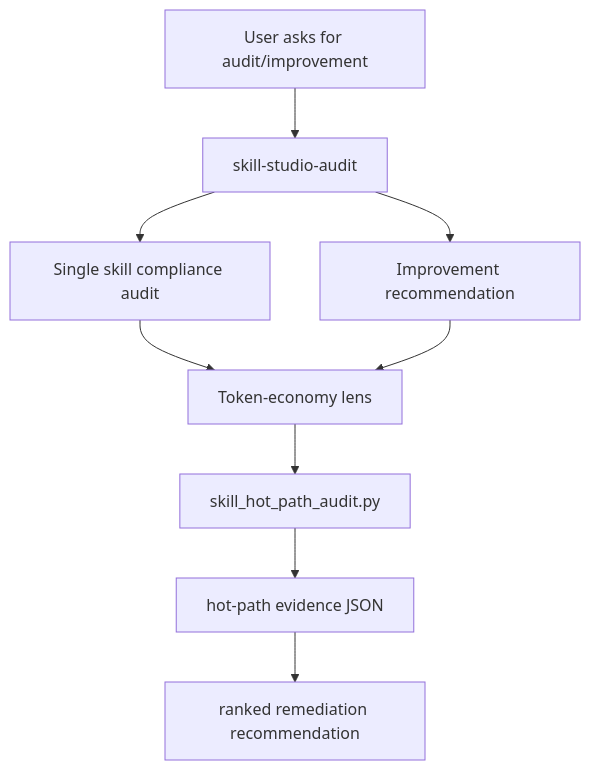
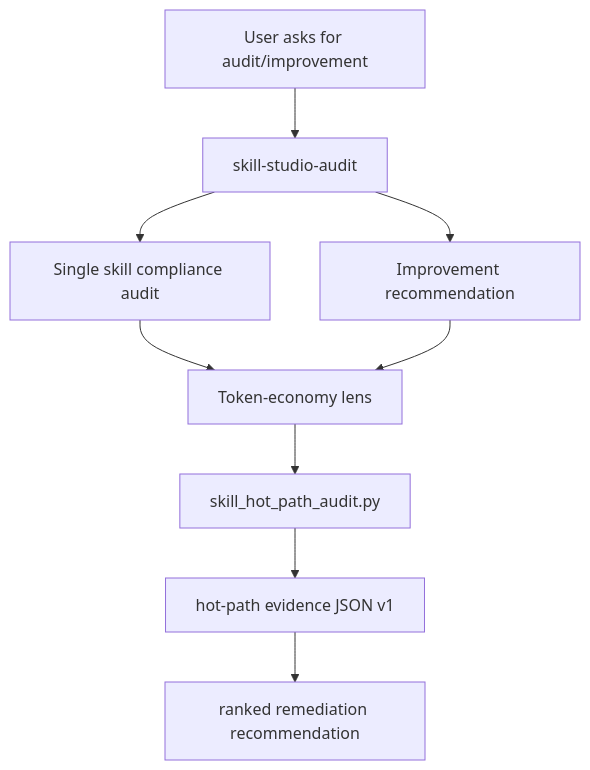
One commit to felipeblassioli/agent-skills changed the diagram in docs/superpowers/specs/2026-05-21-skill-studio-token-economy-audit-design.md. Above: the diagram before and after it, drawn with Mermaid. The commit also changed other lines of this file and 2 other files, not shown here.

First line of the commit message:
docs: add GSD token economy research and finalize hot-path audit spec

````diff
--- a/docs/superpowers/specs/2026-05-21-skill-studio-token-economy-audit-design.md
+++ b/docs/superpowers/specs/2026-05-21-skill-studio-token-economy-audit-design.md
@@ -9,11 +39,11 @@
 ```mermaid
 flowchart TD
   UserRequest["User asks for audit/improvement"] --> SkillStudioAudit["skill-studio-audit"]
   SkillStudioAudit --> BranchA["Single skill compliance audit"]
   SkillStudioAudit --> BranchB["Improvement recommendation"]
   BranchA --> TokenLens["Token-economy lens"]
   BranchB --> TokenLens
   TokenLens --> PythonAuditor["skill_hot_path_audit.py"]
-  PythonAuditor --> EvidenceJson["hot-path evidence JSON"]
+  PythonAuditor --> EvidenceJson["hot-path evidence JSON v1"]
   EvidenceJson --> Recommendation["ranked remediation recommendation"]
 ```
````
